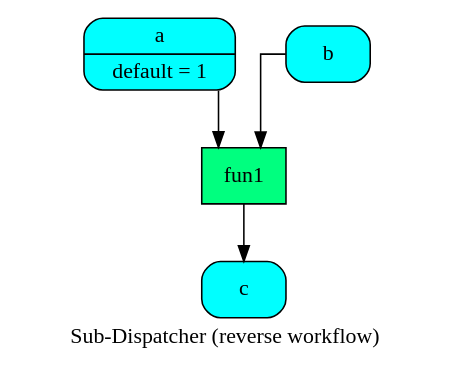
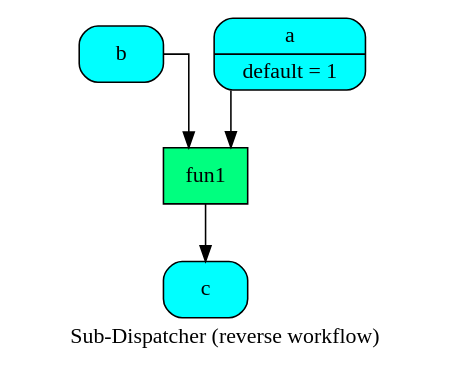
The diagram in doc/dispatcher/__init__/get_sub_dsp_from_workflow/sub_dsp2.dot (vinci1it2000/schedula), drawn with Graphviz before and after one commit. The commit also changed 26 other files, not shown here.

```diff
--- a/doc/dispatcher/__init__/get_sub_dsp_from_workflow/sub_dsp2.dot
+++ b/doc/dispatcher/__init__/get_sub_dsp_from_workflow/sub_dsp2.dot
@@ -1,13 +1,13 @@
 digraph "Sub-Dispatcher (reverse workflow)" {
 	graph [ratio=1]
 	node [style=filled]
+	splines = ortho
 	label = "Sub-Dispatcher (reverse workflow)"
-	splines = ortho
-		"Sub-Dispatcher (reverse workflow)_483858525469303520" [label="{ a | default = 1 }" fillcolor=cyan shape=Mrecord]
-		"Sub-Dispatcher (reverse workflow)_2483061293966101162" [label="{ c  }" fillcolor=cyan shape=Mrecord]
-		"Sub-Dispatcher (reverse workflow)_-8490501165579404505" [label="{ b  }" fillcolor=cyan shape=Mrecord]
-		"Sub-Dispatcher (reverse workflow)_7097492771640920463" [label="{ fun1  }" fillcolor=springgreen shape=record]
-			"Sub-Dispatcher (reverse workflow)_483858525469303520" -> "Sub-Dispatcher (reverse workflow)_7097492771640920463"
-			"Sub-Dispatcher (reverse workflow)_-8490501165579404505" -> "Sub-Dispatcher (reverse workflow)_7097492771640920463"
-			"Sub-Dispatcher (reverse workflow)_7097492771640920463" -> "Sub-Dispatcher (reverse workflow)_2483061293966101162"
+		"Sub-Dispatcher (reverse workflow)_-4863238121632644504" [label="{ b  }" fillcolor=cyan shape=Mrecord]
+		"Sub-Dispatcher (reverse workflow)_8721549986406843372" [label="{ fun1  }" fillcolor=springgreen shape=record]
+		"Sub-Dispatcher (reverse workflow)_-7525193253846915964" [label="{ c  }" fillcolor=cyan shape=Mrecord]
+		"Sub-Dispatcher (reverse workflow)_5281915415694126460" [label="{ a | default = 1 }" fillcolor=cyan shape=Mrecord]
+			"Sub-Dispatcher (reverse workflow)_-4863238121632644504" -> "Sub-Dispatcher (reverse workflow)_8721549986406843372"
+			"Sub-Dispatcher (reverse workflow)_8721549986406843372" -> "Sub-Dispatcher (reverse workflow)_-7525193253846915964"
+			"Sub-Dispatcher (reverse workflow)_5281915415694126460" -> "Sub-Dispatcher (reverse workflow)_8721549986406843372"
 }
```
